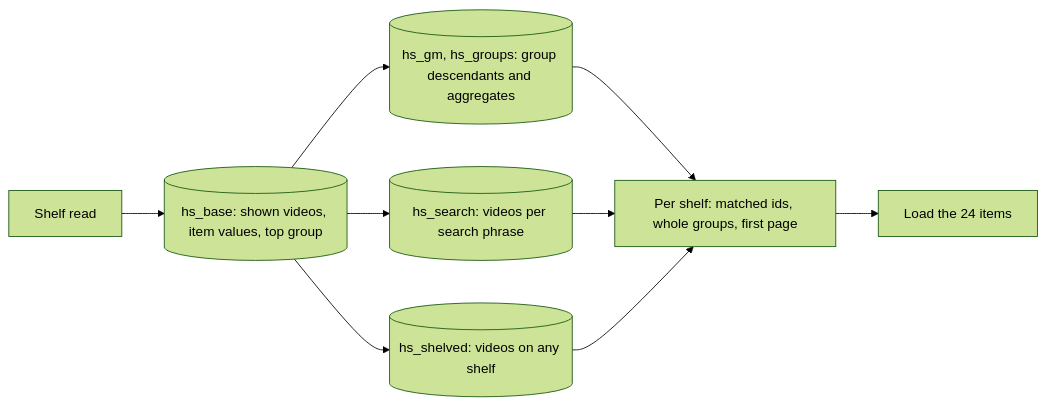
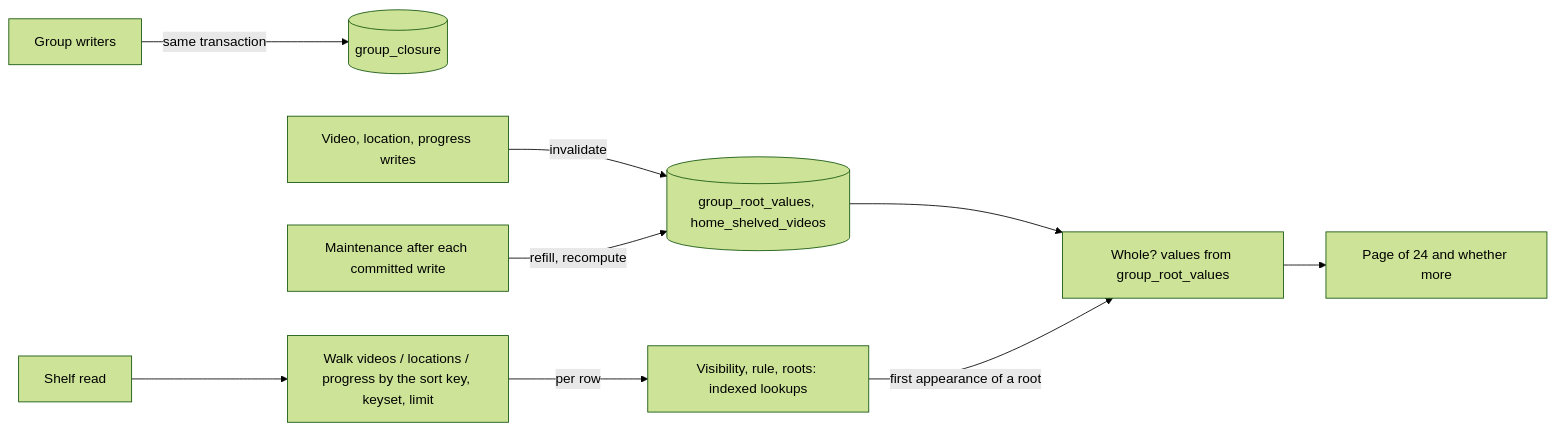
The third of 3 diagrams in docs/design-docs/home.md (syudead/vv), drawn with Mermaid (forest theme) before and after one commit. The commit also changed other lines of this file and 3 other files, not shown here.

First line of the commit message:
docs(057): record the persisted group closure and the index-walk read

````diff
--- a/docs/design-docs/home.md
+++ b/docs/design-docs/home.md
@@ -152,11 +153,11 @@
 ```mermaid
 flowchart LR
-  read[Shelf read] --> base[(hs_base: shown videos, item values, top group)]
-  base --> gm[(hs_gm, hs_groups: group descendants and aggregates)]
-  base --> search[(hs_search: videos per search phrase)]
-  base --> shelved[(hs_shelved: videos on any shelf)]
-  gm --> shelf[Per shelf: matched ids, whole groups, first page]
-  search --> shelf
-  shelved --> shelf
-  shelf --> load[Load the 24 items]
+  write[Group writers] -->|same transaction| closure[(group_closure)]
+  triggers[Video, location, progress writes] -->|invalidate| values[(group_root_values, home_shelved_videos)]
+  maintain[Maintenance after each committed write] -->|refill, recompute| values
+  read[Shelf read] --> walk[Walk videos / locations / progress by the sort key, keyset, limit]
+  values --> decide
+  walk -->|per row| rule[Visibility, rule, roots: indexed lookups]
+  rule -->|first appearance of a root| decide[Whole? values from group_root_values]
+  decide --> page[Page of 24 and whether more]
 ```
````
